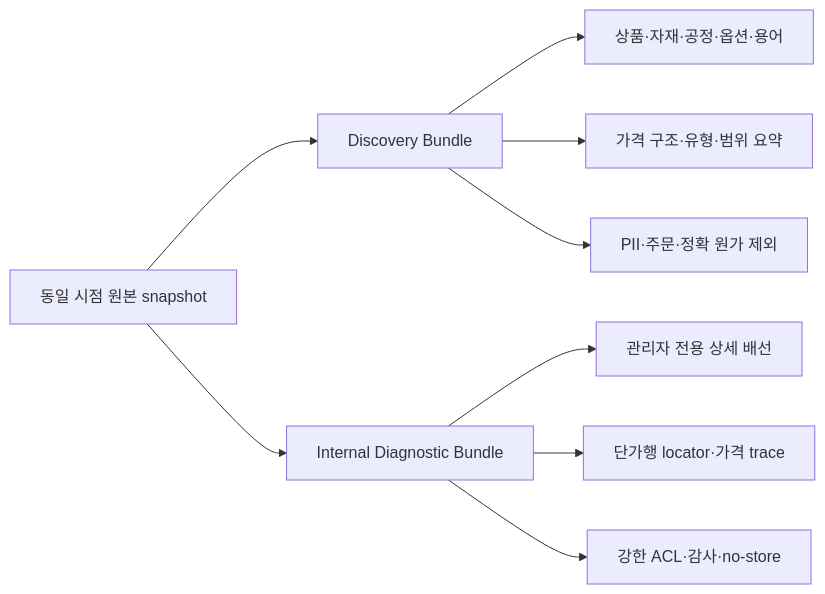
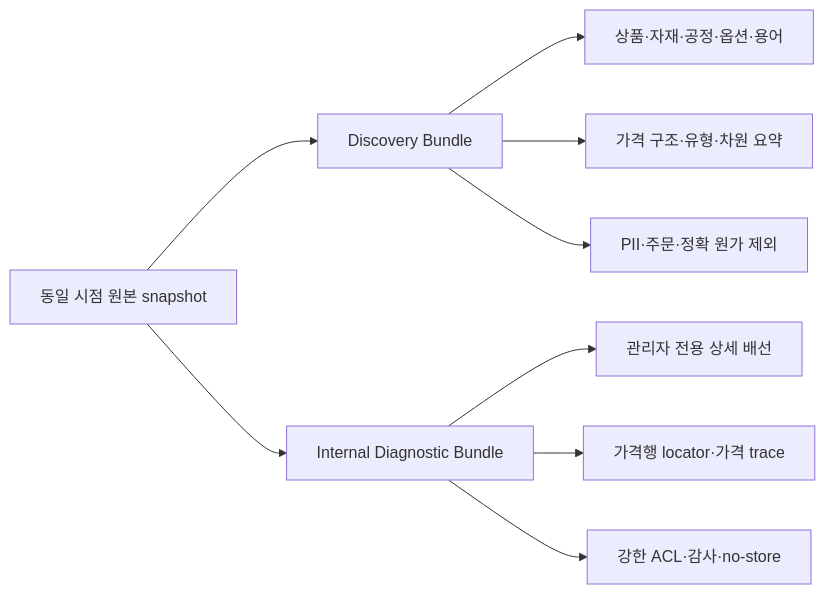
Before and after one commit to skeeper75/HuniWeb: the second of 7 diagrams in _workspace/ai-ready-db-recipe/AI-READY-LIVE-DB-RECIPE.md, drawn with Mermaid. The commit also changed other lines of this file and 5 other files, not shown here.

````diff
--- a/_workspace/ai-ready-db-recipe/AI-READY-LIVE-DB-RECIPE.md
+++ b/_workspace/ai-ready-db-recipe/AI-READY-LIVE-DB-RECIPE.md
@@ -182,13 +184,13 @@
 ```mermaid
 flowchart LR
     S[동일 시점 원본 snapshot] --> D[Discovery Bundle]
     S --> I[Internal Diagnostic Bundle]
 
     D --> D1[상품·자재·공정·옵션·용어]
-    D --> D2[가격 구조·유형·범위 요약]
+    D --> D2[가격 구조·유형·차원 요약]
     D --> D3[PII·주문·정확 원가 제외]
 
     I --> I1[관리자 전용 상세 배선]
-    I --> I2[단가행 locator·가격 trace]
+    I --> I2[가격행 locator·가격 trace]
     I --> I3[강한 ACL·감사·no-store]
 ```
````
